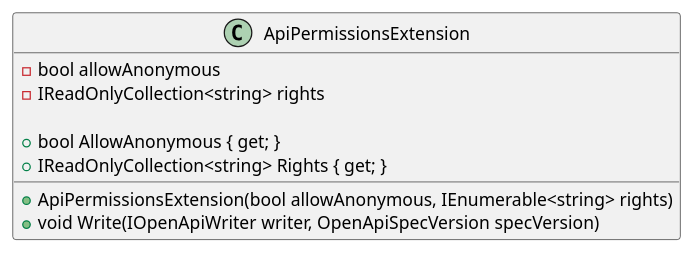
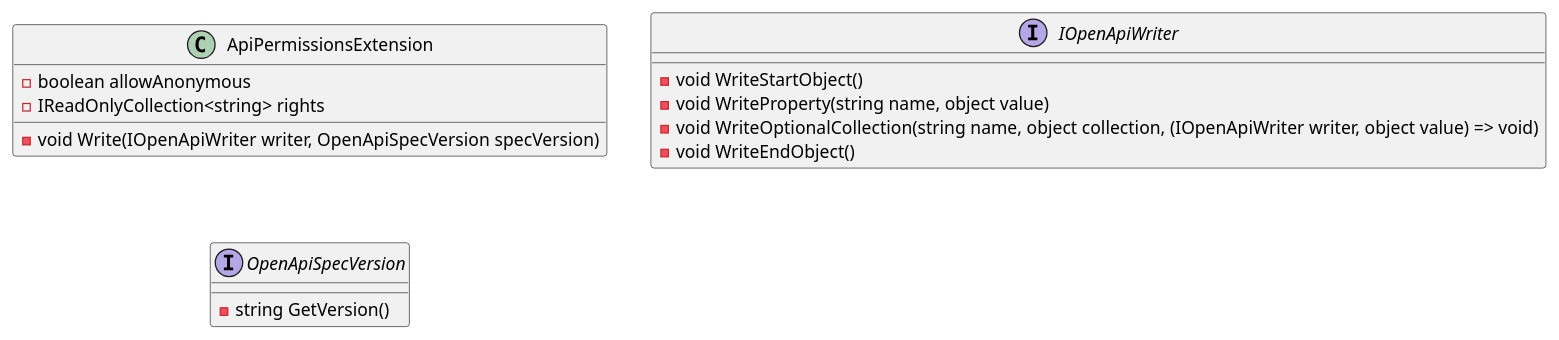
Before and after one commit to mwwhited-forks/dotnet-libs: the first of 2 diagrams in docs/generated/Framework/Eliassen.AspNetCore.Mvc/OpenApi/Documentation.md, drawn with PlantUML. The commit also changed other lines of this file and 444 other files, not shown here.

````diff
--- a/docs/generated/Framework/Eliassen.AspNetCore.Mvc/OpenApi/Documentation.md
+++ b/docs/generated/Framework/Eliassen.AspNetCore.Mvc/OpenApi/Documentation.md
@@ -28,14 +9,21 @@
 ```plantuml
 @startuml
 class ApiPermissionsExtension {
-  -bool allowAnonymous
+  -boolean allowAnonymous
   -IReadOnlyCollection<string> rights
+  -void Write(IOpenApiWriter writer, OpenApiSpecVersion specVersion)
+}
 
-  +ApiPermissionsExtension(bool allowAnonymous, IEnumerable<string> rights)
-  +bool AllowAnonymous { get; }
-  +IReadOnlyCollection<string> Rights { get; }
-  +void Write(IOpenApiWriter writer, OpenApiSpecVersion specVersion)
+interface IOpenApiWriter {
+  -void WriteStartObject()
+  -void WriteProperty(string name, object value)
+  -void WriteOptionalCollection(string name, object collection, (IOpenApiWriter writer, object value) => void)
+  -void WriteEndObject()
+}
+
+interface OpenApiSpecVersion {
+  -string GetVersion()
 }
 
 @enduml
 ```
````
